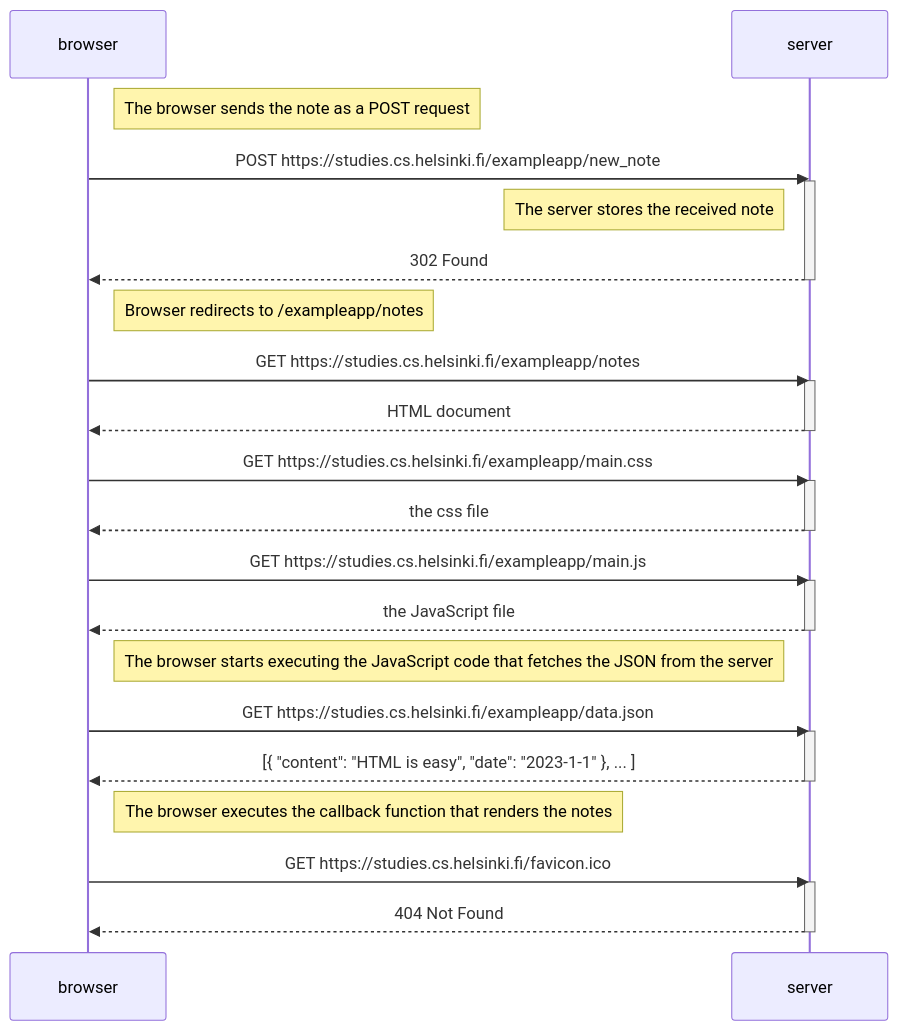
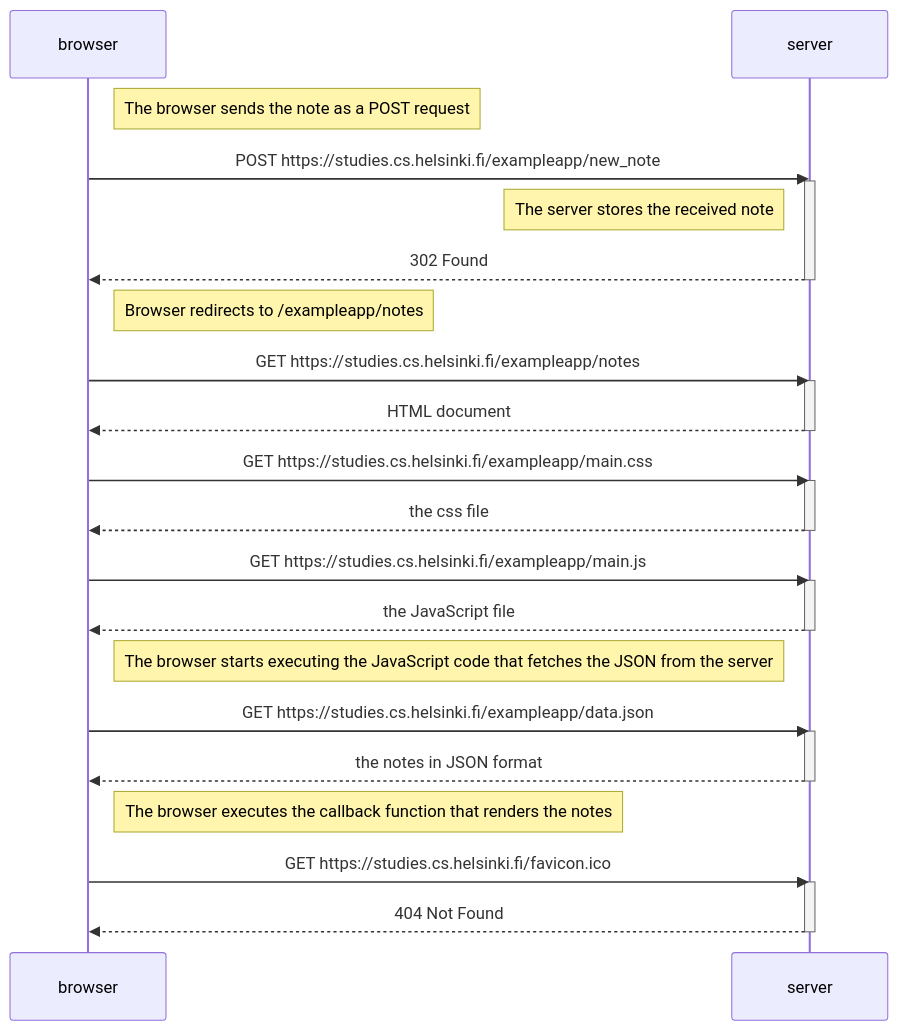
Before and after one commit to vstbls/fso: the diagram in part0/0.4.md, drawn with Mermaid.

````diff
--- a/part0/0.4.md
+++ b/part0/0.4.md
@@ -1,46 +1,46 @@
 ```mermaid
 sequenceDiagram
     participant browser
     participant server
 
     Note right of browser: The browser sends the note as a POST request
 
     browser->>server: POST https://studies.cs.helsinki.fi/exampleapp/new_note
     activate server
 
     Note left of server: The server stores the received note
 
     server-->>browser: 302 Found
     deactivate server
 
     Note right of browser: Browser redirects to /exampleapp/notes
 
     browser->>server: GET https://studies.cs.helsinki.fi/exampleapp/notes
     activate server
     server-->>browser: HTML document
     deactivate server
     
     browser->>server: GET https://studies.cs.helsinki.fi/exampleapp/main.css
     activate server
     server-->>browser: the css file
     deactivate server
     
     browser->>server: GET https://studies.cs.helsinki.fi/exampleapp/main.js
     activate server
     server-->>browser: the JavaScript file
     deactivate server
     
     Note right of browser: The browser starts executing the JavaScript code that fetches the JSON from the server
     
     browser->>server: GET https://studies.cs.helsinki.fi/exampleapp/data.json
     activate server
-    server-->>browser: [{ "content": "HTML is easy", "date": "2023-1-1" }, ... ]
+    server-->>browser: the notes in JSON format
     deactivate server    
 
     Note right of browser: The browser executes the callback function that renders the notes
 
     browser->>server: GET https://studies.cs.helsinki.fi/favicon.ico
     activate server
     server-->>browser: 404 Not Found
     deactivate server
 ```
````
